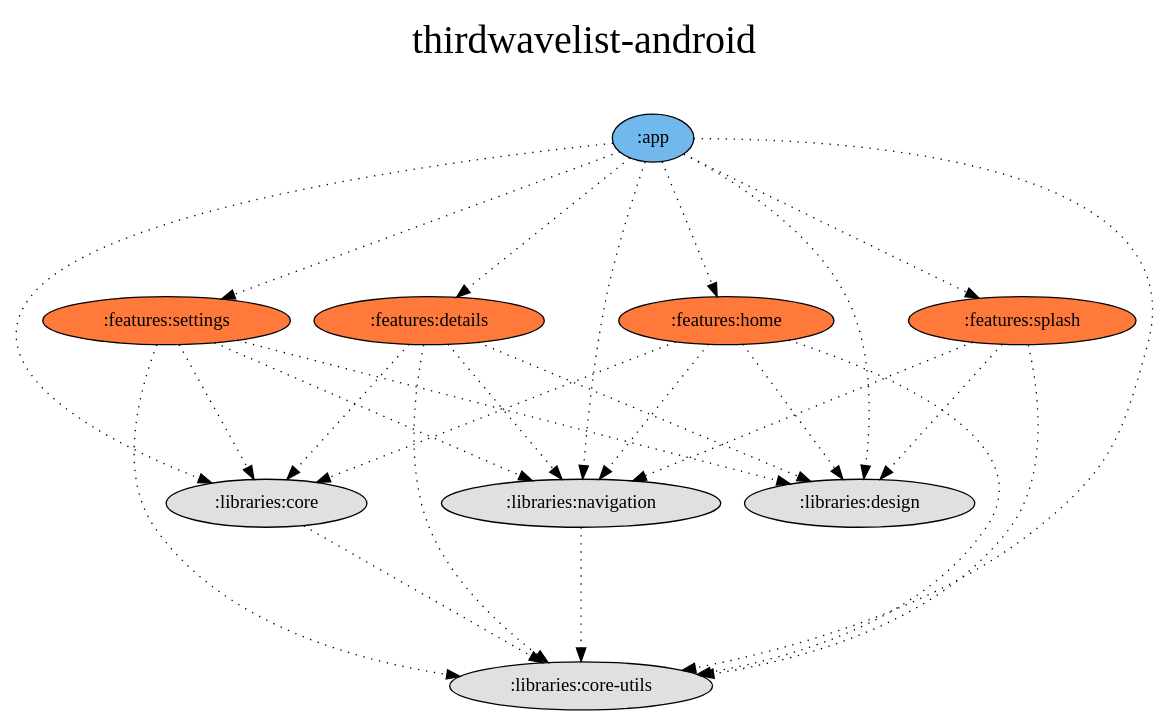
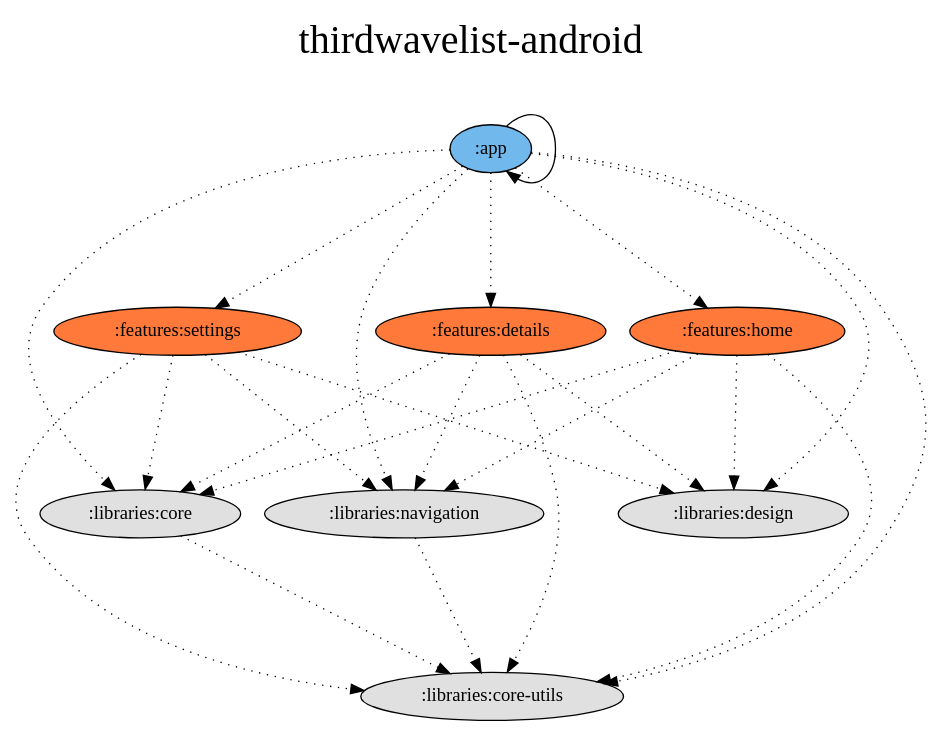
The diagram in dependency-graph.dot (thirdwavelist/android), drawn with Graphviz before and after one commit. The commit also changed 18 other files, not shown here.

```diff
--- a/dependency-graph.dot
+++ b/dependency-graph.dot
@@ -1,47 +1,43 @@
 digraph {
     graph [label = "thirdwavelist-android\n ",labelloc = t,fontsize = 30,ranksep = 1.4];
     node [style = filled, fillcolor = "#bbbbbb"];
     rankdir = TB;
 
     # Projects
 
     ":app" [fillcolor = "#71b8ed"];
     ":features:details" [fillcolor = "#ff7a3a"];
     ":features:home" [fillcolor = "#ff7a3a"];
     ":features:settings" [fillcolor = "#ff7a3a"];
-    ":features:splash" [fillcolor = "#ff7a3a"];
     ":libraries:core" [fillcolor = "#e0e0e0"];
     ":libraries:core-utils" [fillcolor = "#e0e0e0"];
     ":libraries:design" [fillcolor = "#e0e0e0"];
     ":libraries:navigation" [fillcolor = "#e0e0e0"];
 
     {rank = same;}
 
     # Dependencies
 
+    ":app" -> ":app"
     ":app" -> ":libraries:core-utils" [style = dotted]
     ":app" -> ":libraries:core" [style = dotted]
     ":app" -> ":libraries:navigation" [style = dotted]
     ":app" -> ":libraries:design" [style = dotted]
-    ":app" -> ":features:splash" [style = dotted]
     ":app" -> ":features:home" [style = dotted]
     ":app" -> ":features:details" [style = dotted]
     ":app" -> ":features:settings" [style = dotted]
     ":features:details" -> ":libraries:core-utils" [style = dotted]
     ":features:details" -> ":libraries:core" [style = dotted, style = dotted]
     ":features:details" -> ":libraries:navigation" [style = dotted]
     ":features:details" -> ":libraries:design" [style = dotted]
     ":features:home" -> ":libraries:core-utils" [style = dotted]
     ":features:home" -> ":libraries:core" [style = dotted, style = dotted]
     ":features:home" -> ":libraries:navigation" [style = dotted]
     ":features:home" -> ":libraries:design" [style = dotted]
     ":features:settings" -> ":libraries:core-utils" [style = dotted]
     ":features:settings" -> ":libraries:core" [style = dotted]
     ":features:settings" -> ":libraries:navigation" [style = dotted]
     ":features:settings" -> ":libraries:design" [style = dotted]
-    ":features:splash" -> ":libraries:core-utils" [style = dotted]
-    ":features:splash" -> ":libraries:navigation" [style = dotted]
-    ":features:splash" -> ":libraries:design" [style = dotted]
     ":libraries:core" -> ":libraries:core-utils" [style = dotted]
     ":libraries:navigation" -> ":libraries:core-utils" [style = dotted]
 }
```
